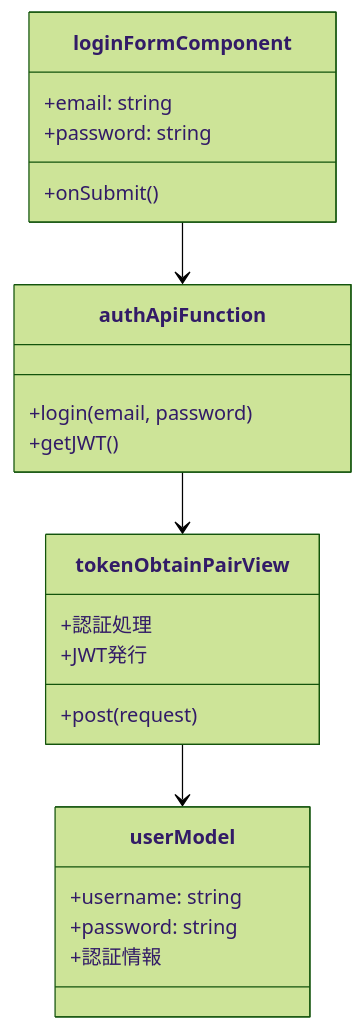
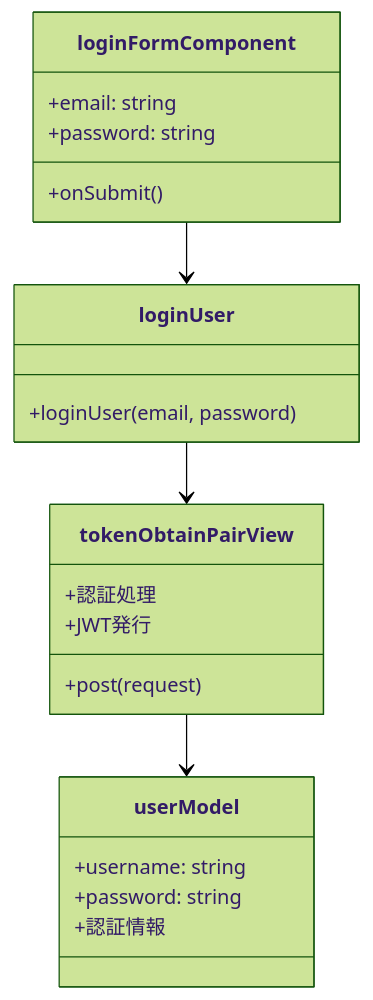
Before and after one commit to Saaka-y/korup: the diagram in docs/login/class.md, drawn with Mermaid (forest theme). The commit also changed 13 other files, not shown here.

Commit message:
accountページからAPI経由でユーザー情報取得、ユーザー情報のグローバル・localStorage保存 - fetchUserInfoでユーザー情報取得 - loginUserで認証・トークン取得 - 設計図・型・import等も新名称に統一 - userStoreのpersist対応

````diff
--- a/docs/login/class.md
+++ b/docs/login/class.md
@@ -3,29 +3,28 @@
 ```mermaid
 classDiagram
     class loginFormComponent {
         +email: string
         +password: string
         +onSubmit()
     }
-    class authApiFunction {
-        +login(email, password)
-        +getJWT()
+    class loginUser {
+        +loginUser(email, password)
     }
     class tokenObtainPairView {
         +post(request)
         +認証処理
         +JWT発行
     }
     class userModel {
         +username: string
         +password: string
         +認証情報
     }
-    loginFormComponent --> authApiFunction
-    authApiFunction --> tokenObtainPairView
+    loginFormComponent --> loginUser
+    loginUser --> tokenObtainPairView
     tokenObtainPairView --> userModel
     %% loginFormComponent: React関数コンポーネント
-    %% authApiFunction: API管理用関数
+    %% loginUser: API管理用関数
     %% tokenObtainPairView: Django REST SimpleJWT
     %% userModel: Django認証ユーザーモデル
 ```
````
